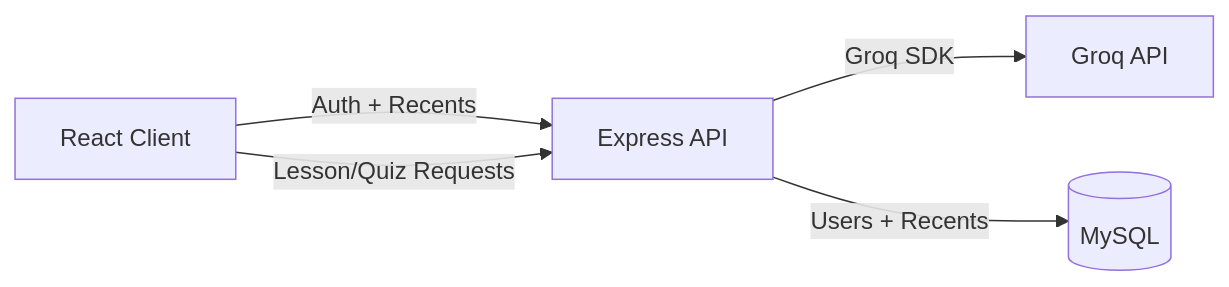
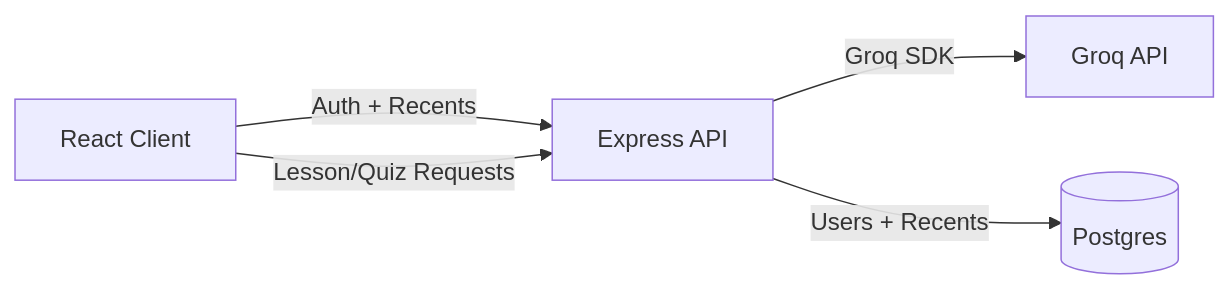
The diagram in README.md (refatwashere/EZTutor), drawn with Mermaid before and after one commit. The commit also changed other lines of this file and 11 other files, not shown here.

````diff
--- a/README.md
+++ b/README.md
@@ -92,7 +92,7 @@
 ```mermaid
 flowchart LR
   UI[React Client] -->|Auth + Recents| API[Express API]
   UI -->|Lesson/Quiz Requests| API
   API -->|Groq SDK| GQ[Groq API]
-  API -->|Users + Recents| DB[(MySQL)]
+  API -->|Users + Recents| DB[(Postgres)]
 ```
````
